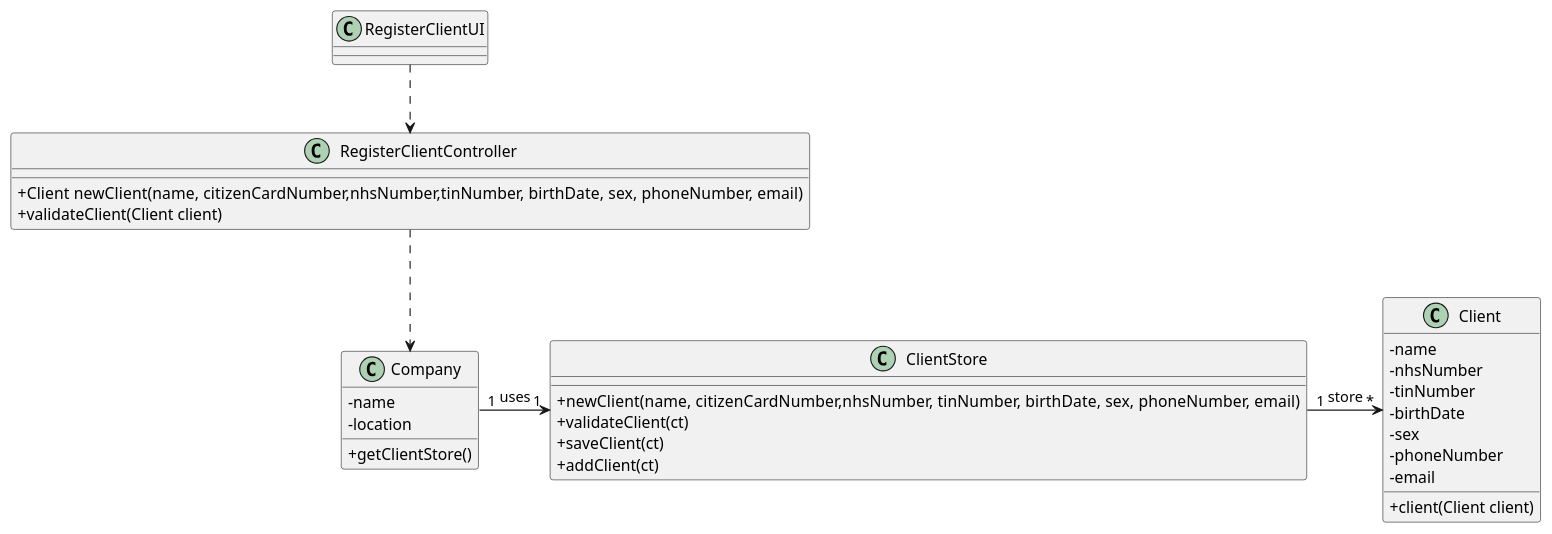
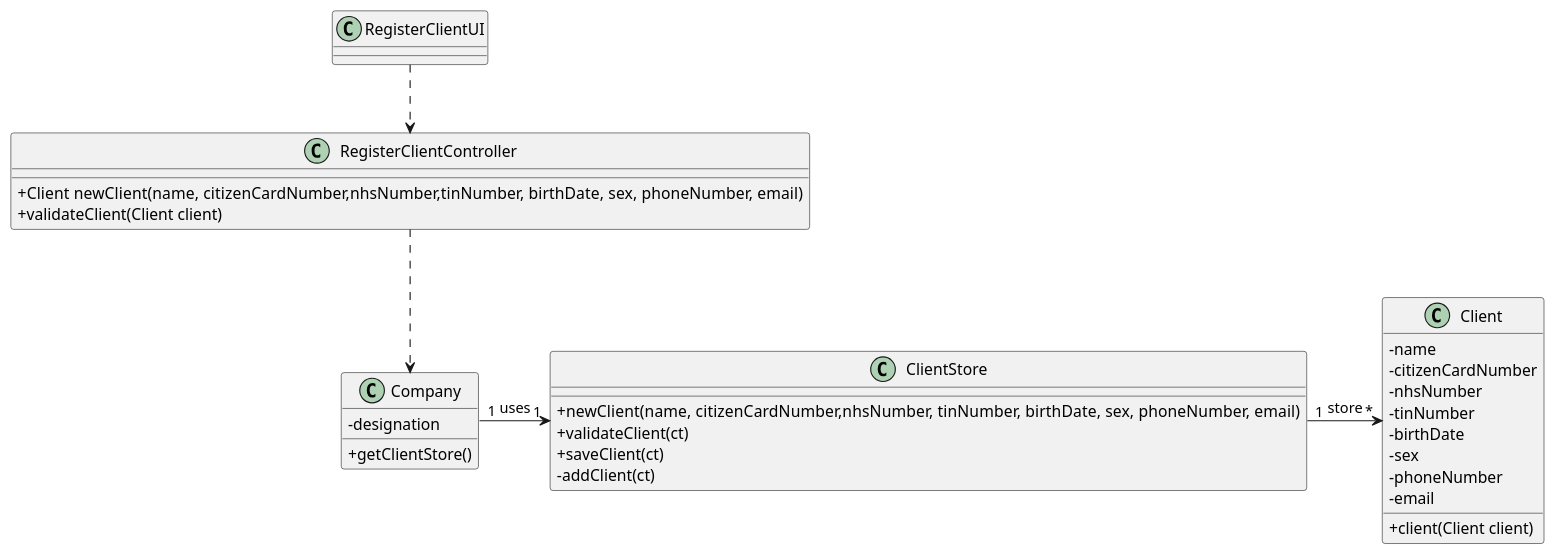
Before and after one commit to GuilhermeCunha79/lapr2: the diagram in docs/SprintB/US3/UC03_CD.puml, drawn with PlantUML. The commit also changed 9 other files, not shown here.

```diff
--- a/docs/SprintB/US3/UC03_CD.puml
+++ b/docs/SprintB/US3/UC03_CD.puml
@@ -1,44 +1,44 @@
 @startuml
 'https://plantuml.com/sequence-diagram
 skinparam classAttributeIconSize 0
 
 class RegisterClientUI
 {
 }
 
 class RegisterClientController
 {
     +Client newClient(name, citizenCardNumber,nhsNumber,tinNumber, birthDate, sex, phoneNumber, email)
     +validateClient(Client client)
 }
 
 class Client{
 	-name
+	-citizenCardNumber
     -nhsNumber
     -tinNumber
     -birthDate
     -sex
     -phoneNumber
     -email
     +client(Client client)
 }
 
 class Company{
--name
--location
+-designation
 +getClientStore()
 }
 
 class ClientStore{
 +newClient(name, citizenCardNumber,nhsNumber, tinNumber, birthDate, sex, phoneNumber, email)
 +validateClient(ct)
 +saveClient(ct)
-+addClient(ct)
+-addClient(ct)
 }
 
 RegisterClientUI ..> RegisterClientController
 RegisterClientController ..> Company
 Company"1" -> "1"ClientStore : uses
 ClientStore"1" ->"*" Client : store
 
 @enduml
```
